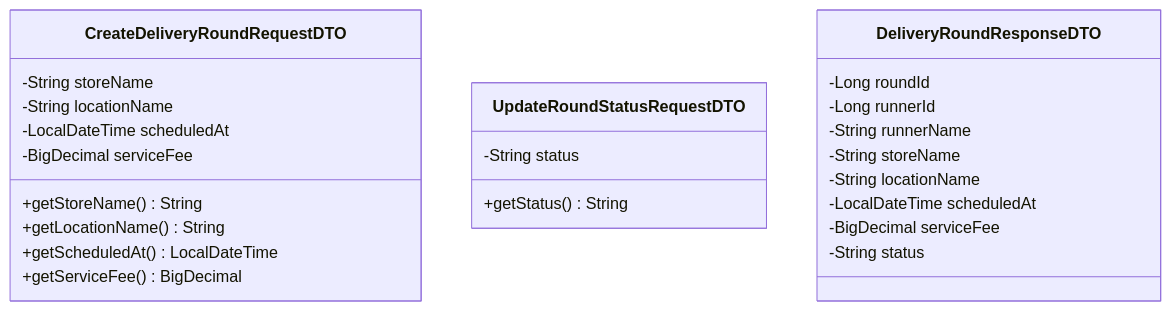
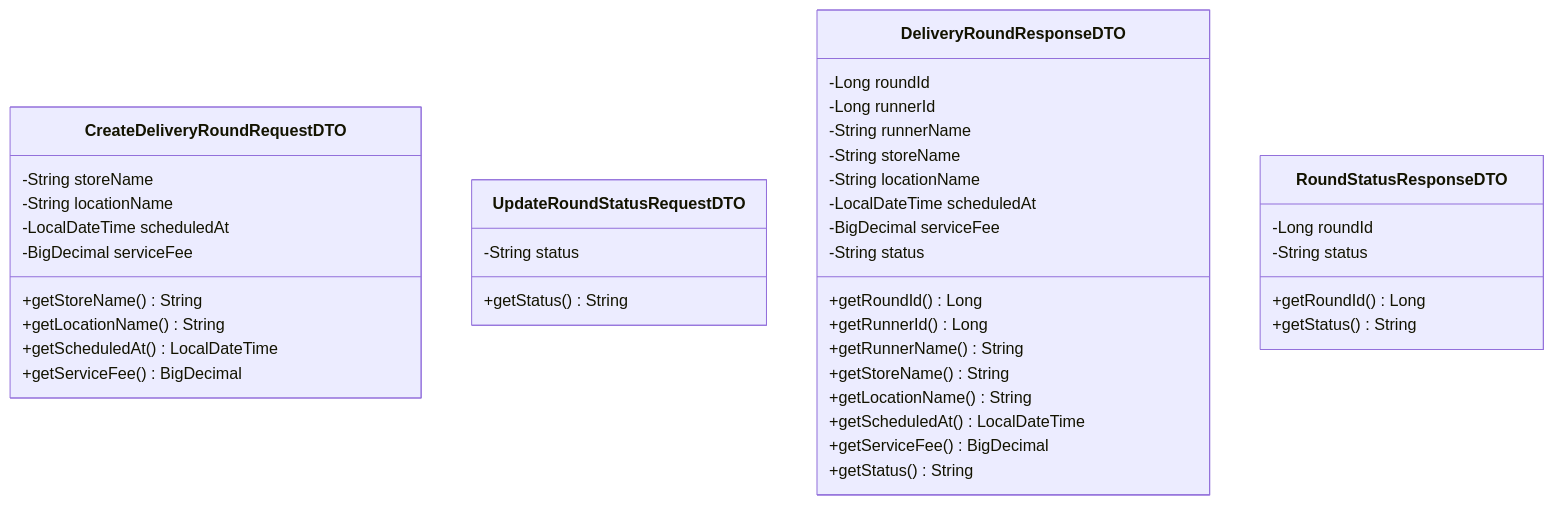
Before and after one commit to BlackyB0o/CS261_650001_group5: the second of 4 diagrams in docs/task-08/README.md, drawn with Mermaid. The commit also changed other lines of this file, not shown here.

````diff
--- a/docs/task-08/README.md
+++ b/docs/task-08/README.md
@@ -102,29 +239,44 @@
 ```mermaid
 classDiagram
     class CreateDeliveryRoundRequestDTO {
         -String storeName
         -String locationName
         -LocalDateTime scheduledAt
         -BigDecimal serviceFee
         +getStoreName() String
         +getLocationName() String
         +getScheduledAt() LocalDateTime
         +getServiceFee() BigDecimal
     }
- 
+
     class UpdateRoundStatusRequestDTO {
         -String status
         +getStatus() String
     }
- 
+
     class DeliveryRoundResponseDTO {
         -Long roundId
         -Long runnerId
         -String runnerName
         -String storeName
         -String locationName
         -LocalDateTime scheduledAt
         -BigDecimal serviceFee
         -String status
+        +getRoundId() Long
+        +getRunnerId() Long
+        +getRunnerName() String
+        +getStoreName() String
+        +getLocationName() String
+        +getScheduledAt() LocalDateTime
+        +getServiceFee() BigDecimal
+        +getStatus() String
+    }
+
+    class RoundStatusResponseDTO {
+        -Long roundId
+        -String status
+        +getRoundId() Long
+        +getStatus() String
     }
 ```
````
